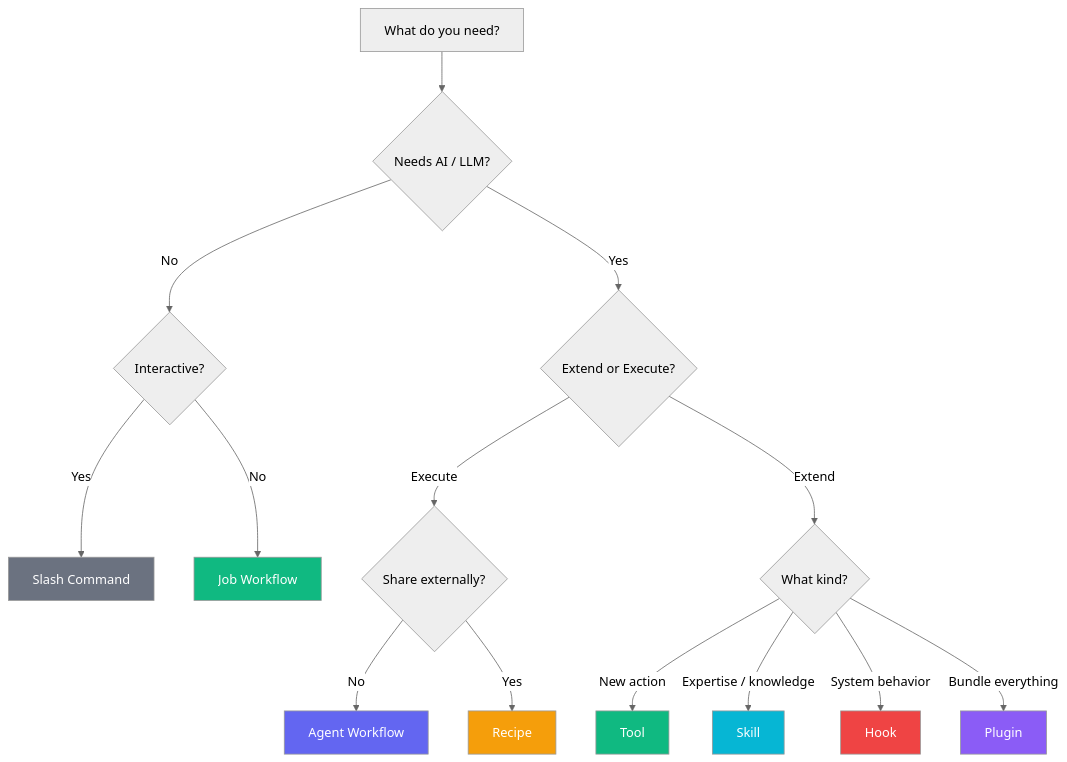
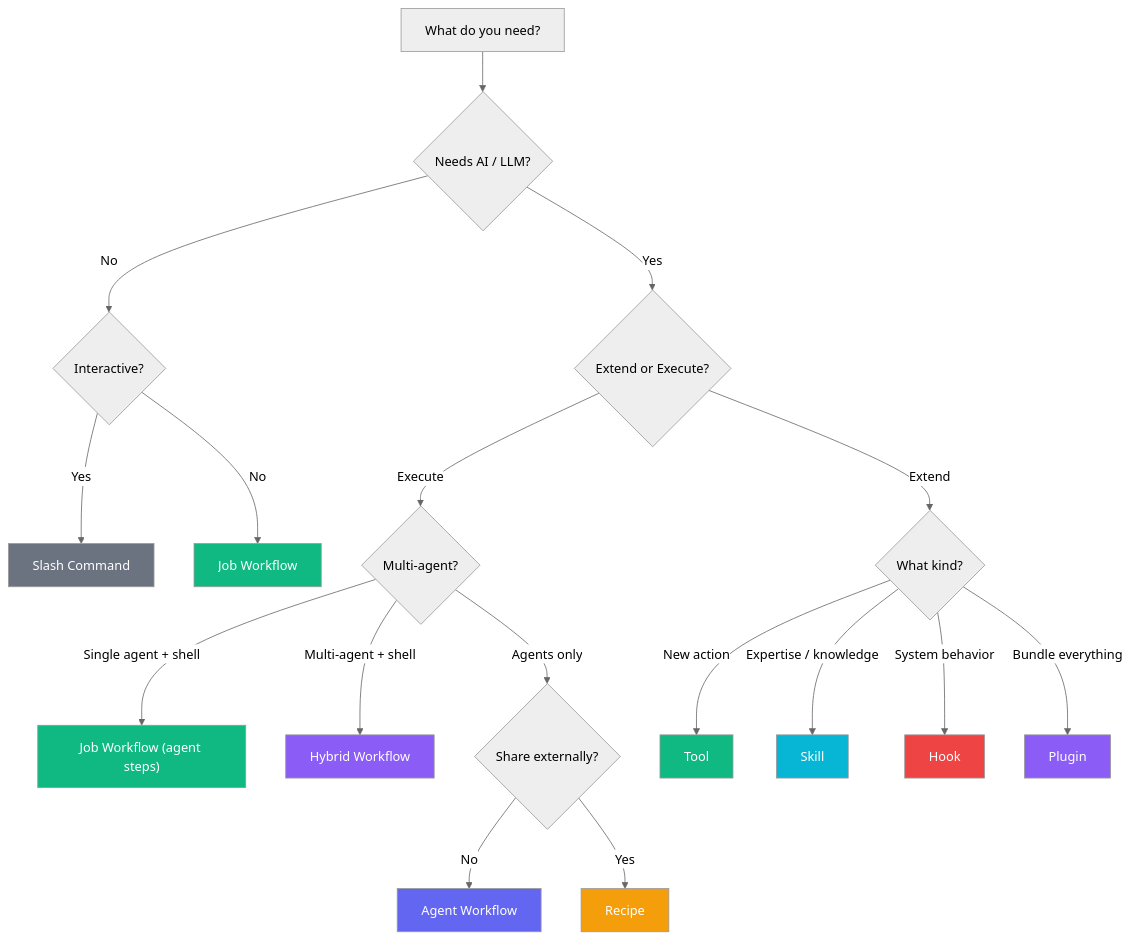
Before and after one commit to MervinPraison/PraisonAIDocs: the second of 2 diagrams in docs/features/execution-systems.mdx, drawn with Mermaid (neutral theme). The commit also changed other lines of this file and 3 other files, not shown here.

````diff
--- a/docs/features/execution-systems.mdx
+++ b/docs/features/execution-systems.mdx
@@ -299,25 +339,30 @@
 ```mermaid
 flowchart TD
     A["What do you need?"] --> B{"Needs AI / LLM?"}
     B -->|No| C{"Interactive?"}
     C -->|Yes| SC["Slash Command"]
     C -->|No| JW["Job Workflow"]
     B -->|Yes| D{"Extend or Execute?"}
-    D -->|Execute| E{"Share externally?"}
-    E -->|No| AW["Agent Workflow"]
-    E -->|Yes| R["Recipe"]
-    D -->|Extend| F{"What kind?"}
-    F -->|"New action"| T["Tool"]
-    F -->|"Expertise / knowledge"| S["Skill"]
-    F -->|"System behavior"| H["Hook"]
-    F -->|"Bundle everything"| P["Plugin"]
+    D -->|Execute| E{"Multi-agent?"}
+    E -->|"Single agent + shell"| JWA["Job Workflow (agent steps)"]
+    E -->|"Multi-agent + shell"| HW["Hybrid Workflow"]
+    E -->|"Agents only"| F{"Share externally?"}
+    F -->|No| AW["Agent Workflow"]
+    F -->|Yes| R["Recipe"]
+    D -->|Extend| G{"What kind?"}
+    G -->|"New action"| T["Tool"]
+    G -->|"Expertise / knowledge"| S["Skill"]
+    G -->|"System behavior"| H["Hook"]
+    G -->|"Bundle everything"| P["Plugin"]
 
     style JW fill:#10B981,color:#fff
+    style JWA fill:#10B981,color:#fff
+    style HW fill:#8B5CF6,color:#fff
     style SC fill:#6B7280,color:#fff
     style AW fill:#6366F1,color:#fff
     style R fill:#F59E0B,color:#fff
     style T fill:#10B981,color:#fff
     style S fill:#06B6D4,color:#fff
     style H fill:#EF4444,color:#fff
     style P fill:#8B5CF6,color:#fff
 ```
````
